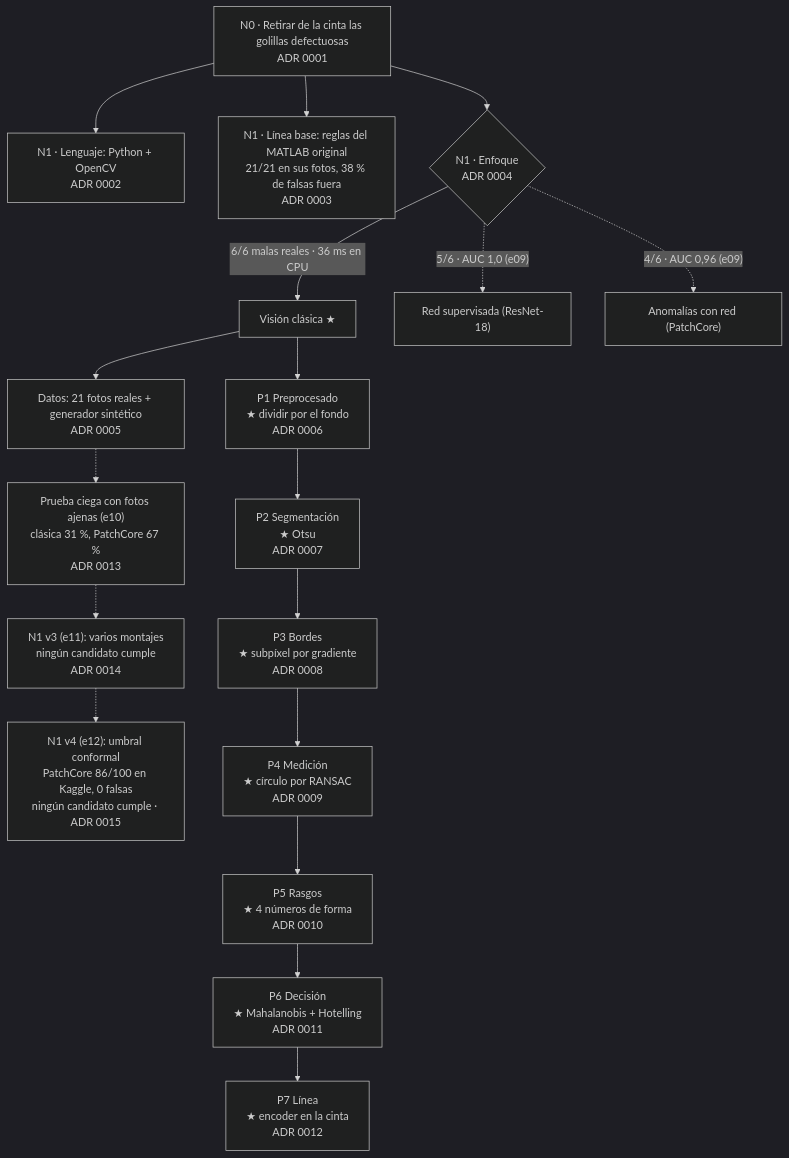
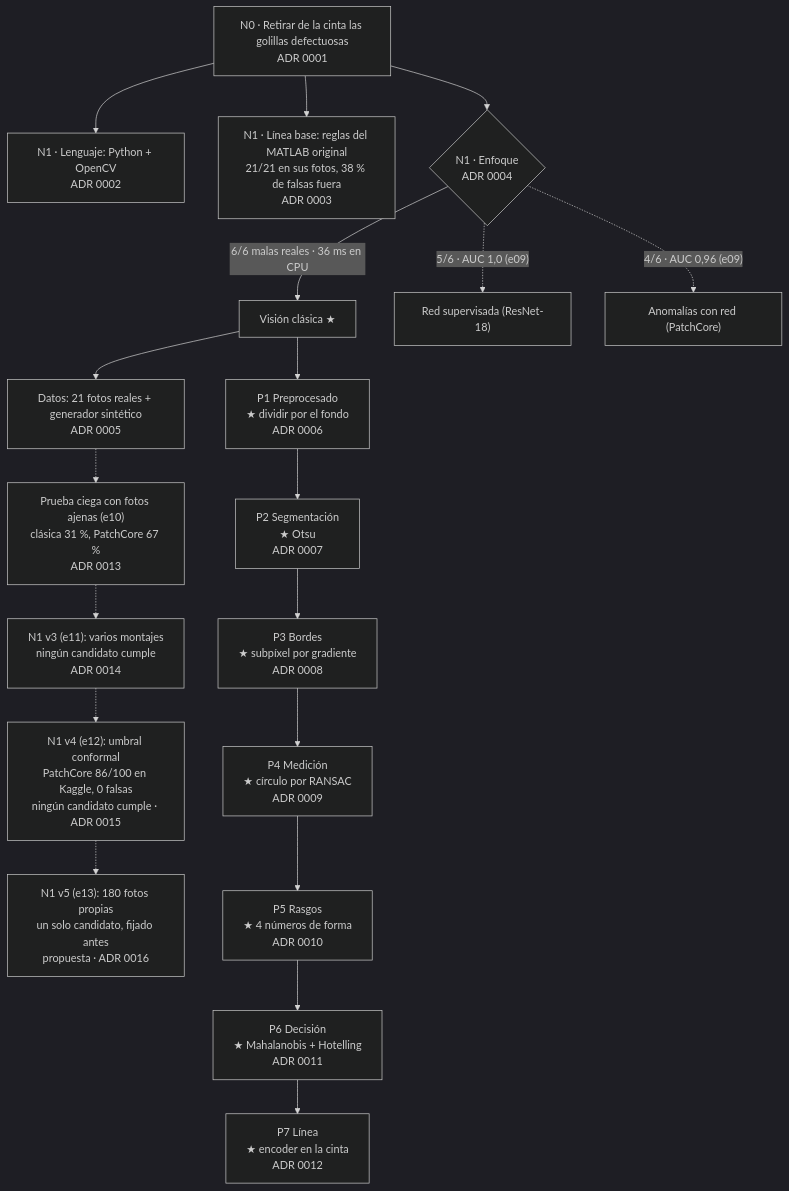
Before and after one commit to CarryMankeke/inspeccion-golillas: the diagram in docs/arbol.md, drawn with Mermaid (dark theme). The commit also changed 11 other files, not shown here.

````diff
--- a/docs/arbol.md
+++ b/docs/arbol.md
@@ -12,21 +12,22 @@
 ```mermaid
 flowchart TD
     N0["N0 · Retirar de la cinta las golillas defectuosas<br/>ADR 0001"]
     N0 --> L["N1 · Lenguaje: Python + OpenCV<br/>ADR 0002"]
     N0 --> B["N1 · Línea base: reglas del MATLAB original<br/>21/21 en sus fotos, 38 % de falsas fuera<br/>ADR 0003"]
     N0 --> E{"N1 · Enfoque<br/>ADR 0004"}
     E -->|"6/6 malas reales · 36 ms en CPU"| C["Visión clásica ★"]
     E -.->|"5/6 · AUC 1,0 (e09)"| RS["Red supervisada (ResNet-18)"]
     E -.->|"4/6 · AUC 0,96 (e09)"| PC["Anomalías con red (PatchCore)"]
     C --> D["Datos: 21 fotos reales + generador sintético<br/>ADR 0005"]
     D -.-> DP["Prueba ciega con fotos ajenas (e10)<br/>clásica 31 %, PatchCore 67 %<br/>ADR 0013"]
     DP -.-> V3["N1 v3 (e11): varios montajes<br/>ningún candidato cumple<br/>ADR 0014"]
     V3 -.-> V4["N1 v4 (e12): umbral conformal<br/>PatchCore 86/100 en Kaggle, 0 falsas<br/>ningún candidato cumple · ADR 0015"]
+    V4 -.-> V5["N1 v5 (e13): 180 fotos propias<br/>un solo candidato, fijado antes<br/>propuesta · ADR 0016"]
     C --> P1["P1 Preprocesado<br/>★ dividir por el fondo<br/>ADR 0006"]
     P1 --> P2["P2 Segmentación<br/>★ Otsu<br/>ADR 0007"]
     P2 --> P3["P3 Bordes<br/>★ subpíxel por gradiente<br/>ADR 0008"]
     P3 --> P4["P4 Medición<br/>★ círculo por RANSAC<br/>ADR 0009"]
     P4 --> P5["P5 Rasgos<br/>★ 4 números de forma<br/>ADR 0010"]
     P5 --> P6["P6 Decisión<br/>★ Mahalanobis + Hotelling<br/>ADR 0011"]
     P6 --> P7["P7 Línea<br/>★ encoder en la cinta<br/>ADR 0012"]
 ```
````
